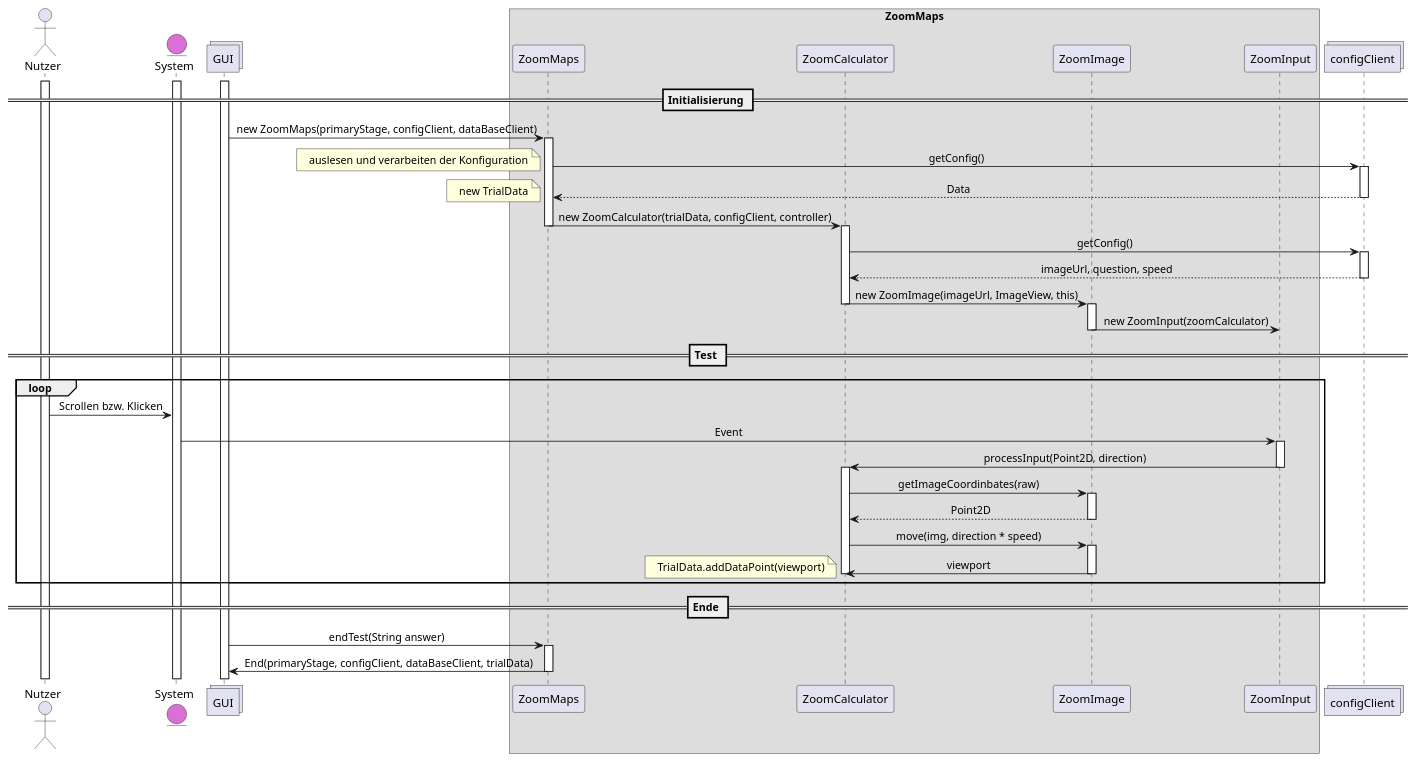
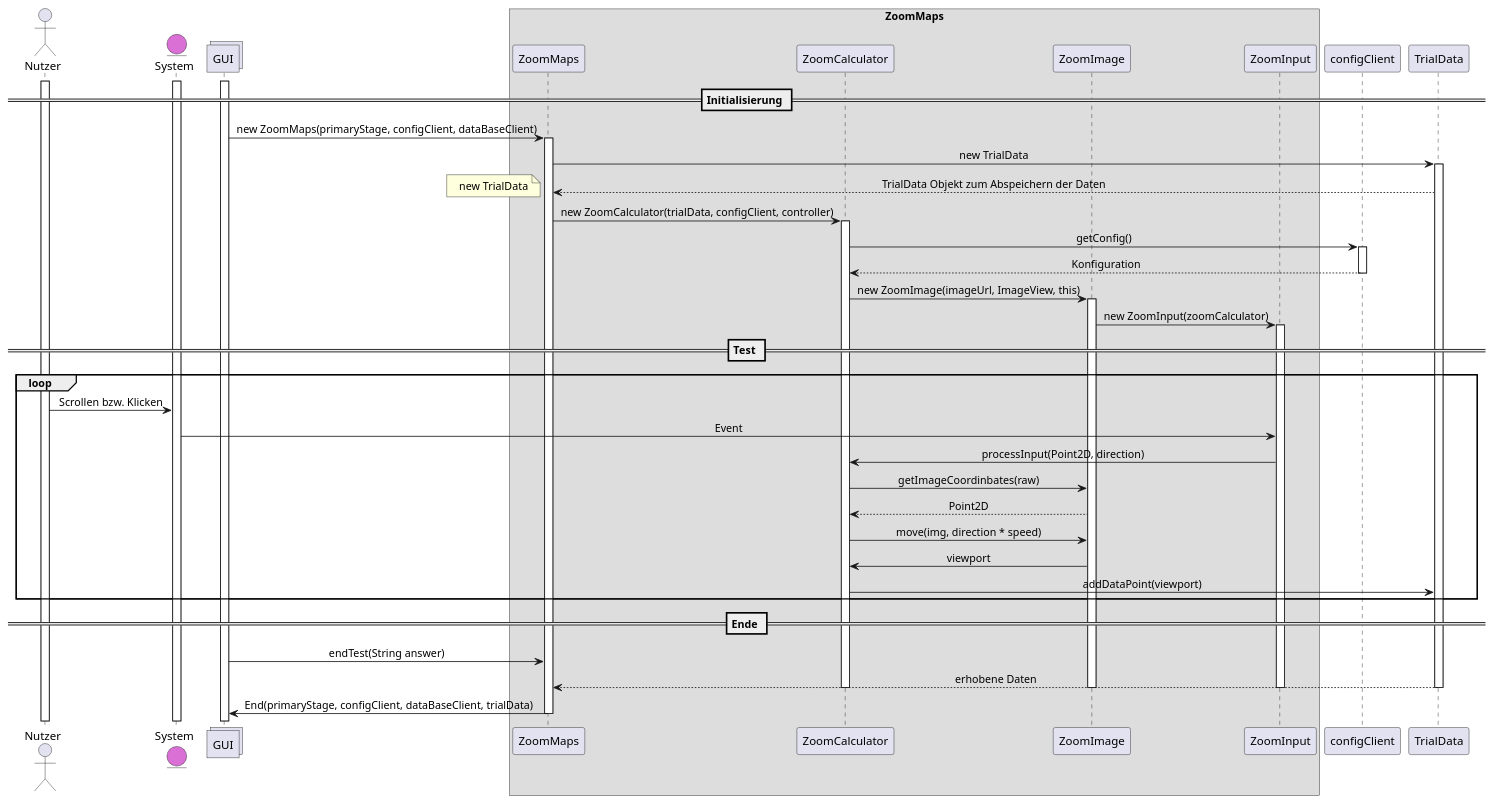
The diagram in uml-sequence/zoommaps/sequenz-zoommaps.puml (weichware-10/dokumente), drawn with PlantUML before and after one commit.

Commit message:
[fix] codecharts

```diff
--- a/uml-sequence/zoommaps/sequenz-zoommaps.puml
+++ b/uml-sequence/zoommaps/sequenz-zoommaps.puml
@@ -1,72 +1,67 @@
 @startuml zoommaps
 skinparam defaultTextAlignment center
 
 actor       Nutzer          as n
 entity      System          as s    #DA70D5
 collections GUI             as g
 
 box ZoomMaps
 
 participant ZoomMaps        as zm
 participant ZoomCalculator  as zc
 participant ZoomImage       as zb
 participant ZoomInput       as zi
 end box
 
-collections configClient          as c
+participant configClient    as c
+participant TrialData       as td
 
 activate n
 activate s
 activate g
 
 == Initialisierung ==
 g -> zm : new ZoomMaps(primaryStage, configClient, dataBaseClient)
 activate zm
-zm -> c : getConfig()
-note left: auslesen und verarbeiten der Konfiguration
-activate c
-c --> zm : Data
+
+zm -> td : new TrialData
+activate td
+td --> zm : TrialData Objekt zum Abspeichern der Daten
 note left : new TrialData
 deactivate c
 
 zm -> zc : new ZoomCalculator(trialData, configClient, controller)
-deactivate zm
 activate zc
 zc -> c : getConfig()
 activate c
-c --> zc : imageUrl, question, speed
+c --> zc : Konfiguration
 deactivate c
 zc -> zb : new ZoomImage(imageUrl, ImageView, this)
-deactivate zc
 activate zb
 zb -> zi : new ZoomInput(zoomCalculator)
-deactivate zb
+activate zi
 
 == Test ==
 loop
     n -> s : Scrollen bzw. Klicken
     s -> zi : Event
-    activate zi
     zi -> zc : processInput(Point2D, direction)
-    deactivate zi
-    activate zc
     zc -> zb : getImageCoordinbates(raw)
-    activate zb
     zb --> zc : Point2D
-    deactivate zb
     zc -> zb : move(img, direction * speed)
-    activate zb
     zb -> zc : viewport
-    deactivate zb
-    note left : TrialData.addDataPoint(viewport)
-    deactivate zc
+    zc -> td : addDataPoint(viewport)
 
 end
 
-== Ende == 
+== Ende ==
 g -> zm : endTest(String answer)
-activate zm
+td --> zm : erhobene Daten
+deactivate zb
+deactivate td
+deactivate zc
+deactivate zi
 zm -> g : End(primaryStage, configClient, dataBaseClient, trialData)
 deactivate zm
 
 @enduml
```
